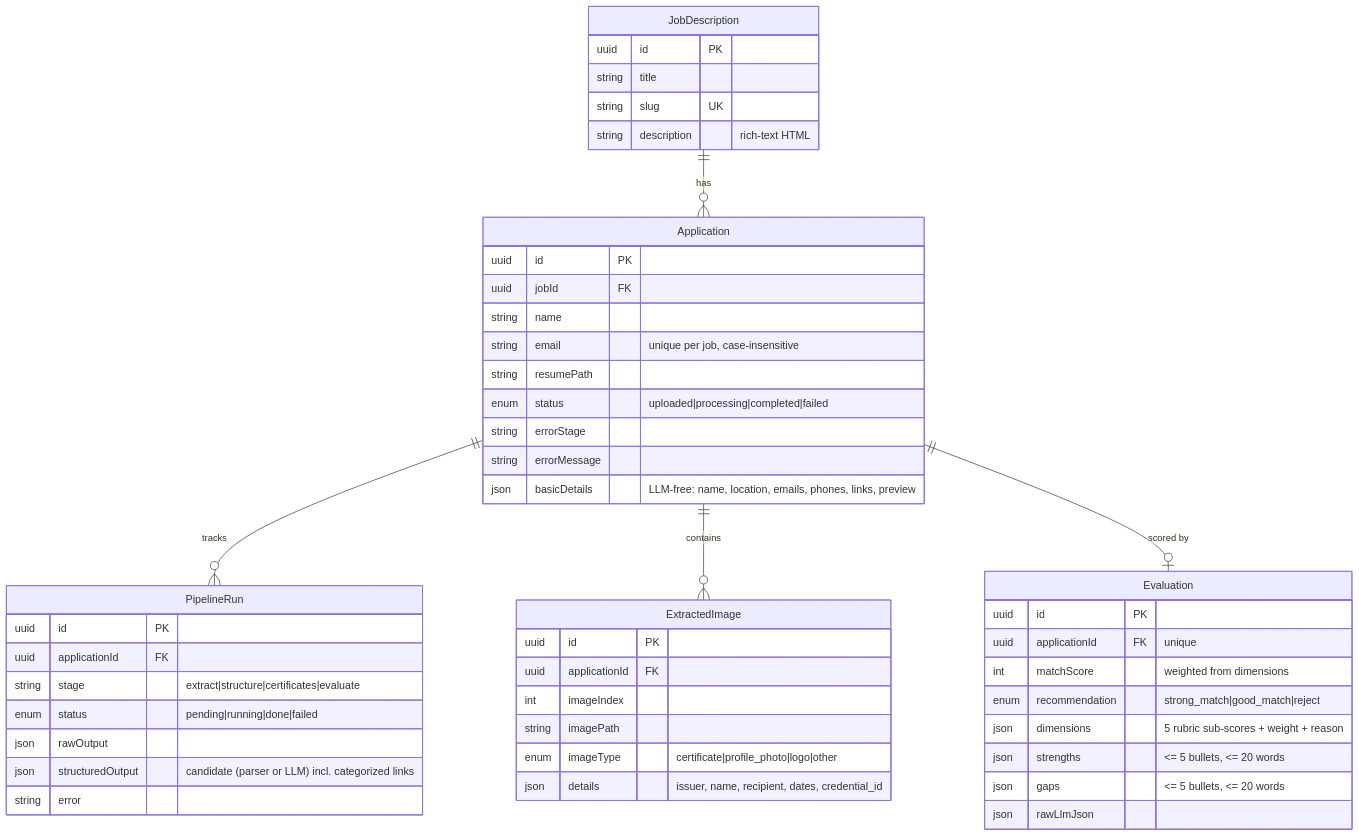
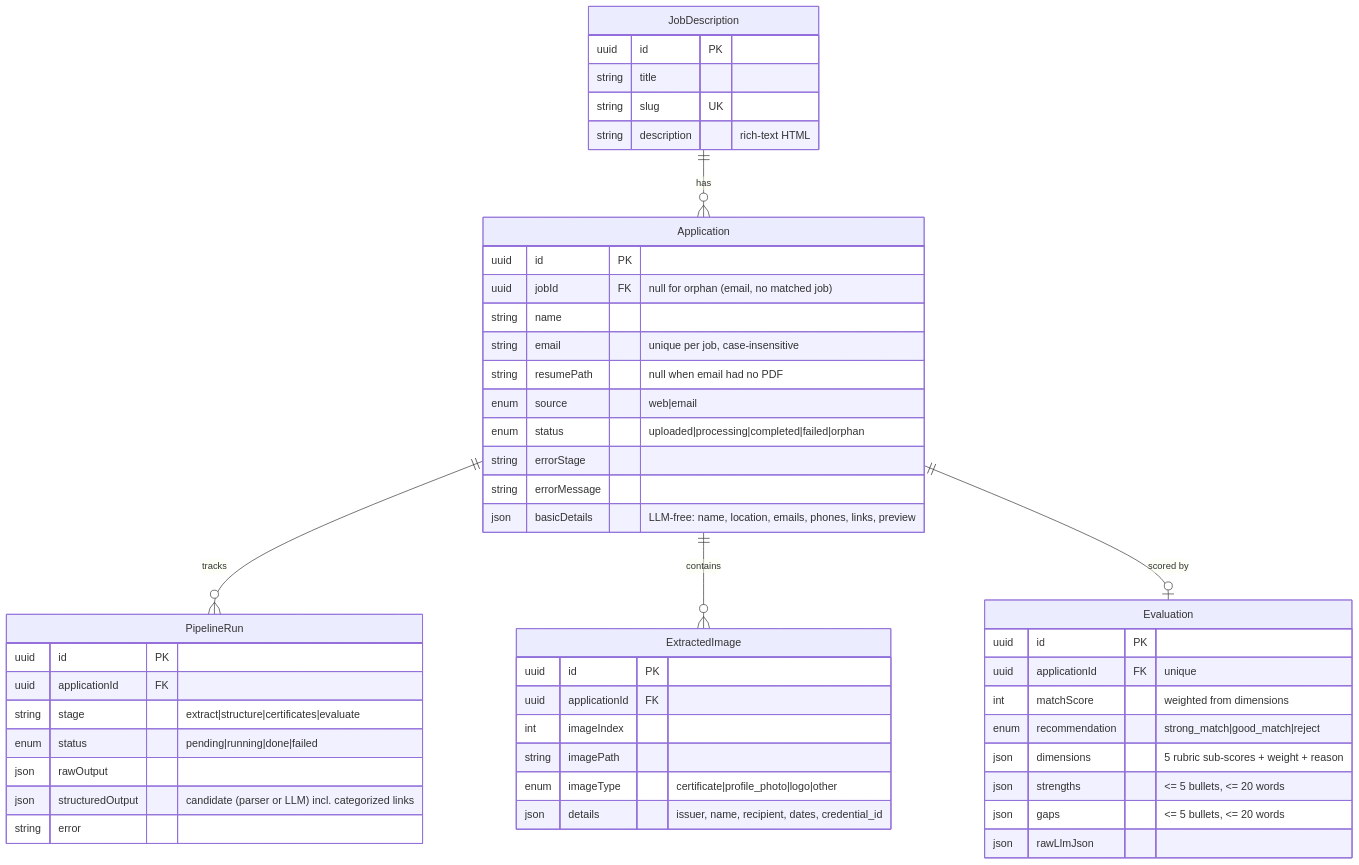
The sixth of 6 diagrams in docs/ARCHITECTURE.md (Lalit-001/ats-scorer), drawn with Mermaid before and after one commit. The commit also changed other lines of this file and 2 other files, not shown here.

````diff
--- a/docs/ARCHITECTURE.md
+++ b/docs/ARCHITECTURE.md
@@ -176,52 +228,53 @@
 ```mermaid
 erDiagram
   JobDescription ||--o{ Application : "has"
   Application ||--o{ PipelineRun : "tracks"
   Application ||--o{ ExtractedImage : "contains"
   Application ||--o| Evaluation : "scored by"
 
   JobDescription {
     uuid id PK
     string title
     string slug UK
     string description "rich-text HTML"
   }
   Application {
     uuid id PK
-    uuid jobId FK
+    uuid jobId FK "null for orphan (email, no matched job)"
     string name
     string email "unique per job, case-insensitive"
-    string resumePath
-    enum status "uploaded|processing|completed|failed"
+    string resumePath "null when email had no PDF"
+    enum source "web|email"
+    enum status "uploaded|processing|completed|failed|orphan"
     string errorStage
     string errorMessage
     json basicDetails "LLM-free: name, location, emails, phones, links, preview"
   }
   PipelineRun {
     uuid id PK
     uuid applicationId FK
     string stage "extract|structure|certificates|evaluate"
     enum status "pending|running|done|failed"
     json rawOutput
     json structuredOutput "candidate (parser or LLM) incl. categorized links"
     string error
   }
   ExtractedImage {
     uuid id PK
     uuid applicationId FK
     int imageIndex
     string imagePath
     enum imageType "certificate|profile_photo|logo|other"
     json details "issuer, name, recipient, dates, credential_id"
   }
   Evaluation {
     uuid id PK
     uuid applicationId FK "unique"
     int matchScore "weighted from dimensions"
     enum recommendation "strong_match|good_match|reject"
     json dimensions "5 rubric sub-scores + weight + reason"
     json strengths "<= 5 bullets, <= 20 words"
     json gaps "<= 5 bullets, <= 20 words"
     json rawLlmJson
   }
 ```
````
